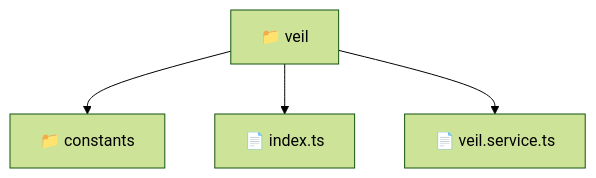
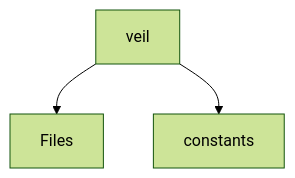
Before and after one commit to beginwebdev2002/fullstack-mavluda: the diagram in frontend/src/entities/veil/README.md, drawn with Mermaid (forest theme). The commit also changed other lines of this file and 163 other files, not shown here.

First line of the commit message:
feat: autogenerate localized directory readmes for architectural transparency

````diff
--- a/frontend/src/entities/veil/README.md
+++ b/frontend/src/entities/veil/README.md
@@ -11,7 +12,5 @@
 ```mermaid
 graph TD
-  Root["📁 veil"]
-  Root --> constants["📁 constants"]
-  Root --> index_ts["📄 index.ts"]
-  Root --> veil_service_ts["📄 veil.service.ts"]
+    veil[veil] --> Files
+    veil --> constants[constants]
 ```
````
